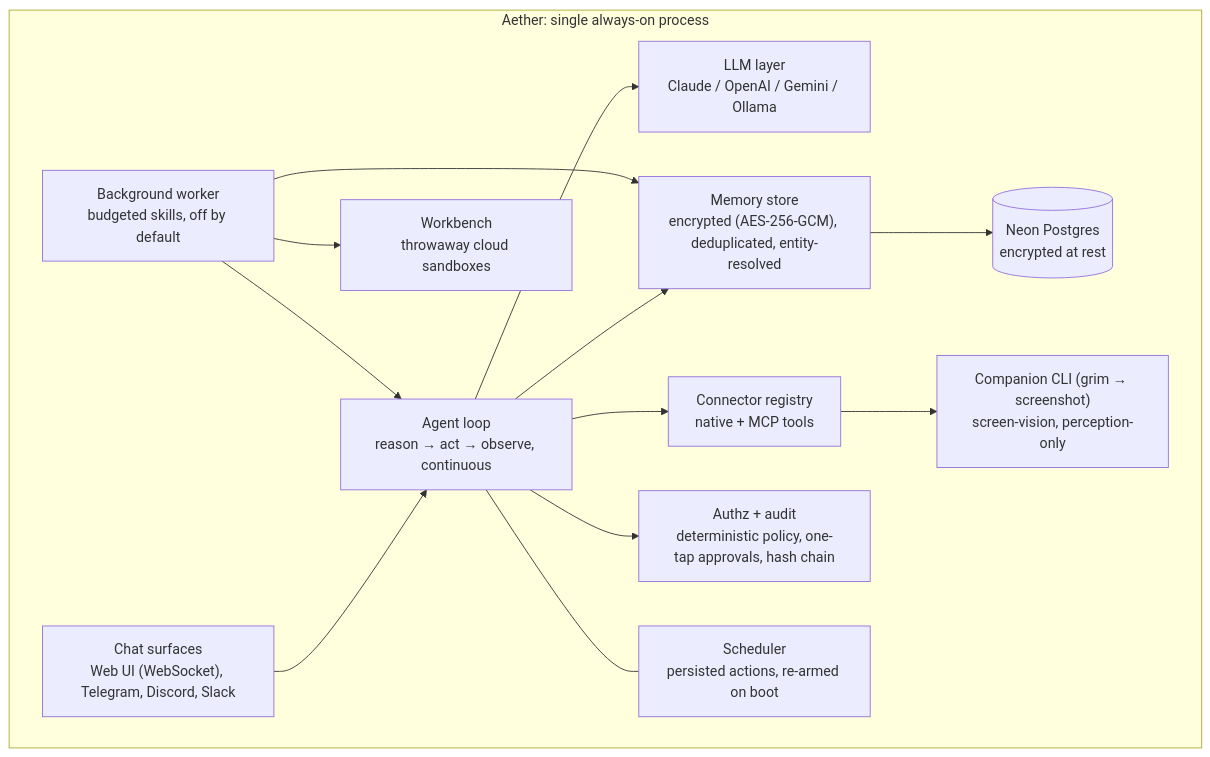
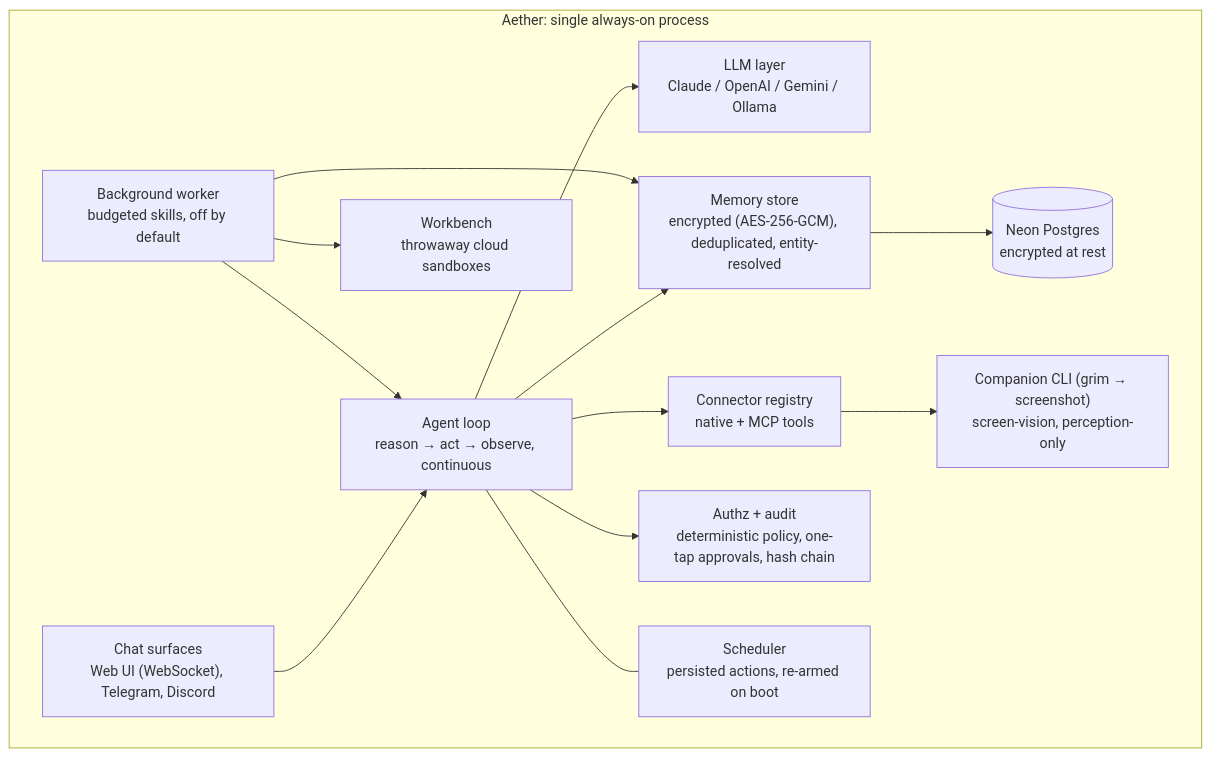
One commit to Vedant-Git-dev/Aether changed the second of 2 diagrams in README.md. Above: the diagram before and after it, drawn with Mermaid. The commit also changed other lines of this file and 36 other files, not shown here.

````diff
--- a/README.md
+++ b/README.md
@@ -220,28 +220,28 @@
 ```mermaid
 flowchart TB
     subgraph AE["Aether: single always-on process"]
-        Chat["Chat surfaces<br/>Web UI (WebSocket), Telegram, Discord, Slack"]
+        Chat["Chat surfaces<br/>Web UI (WebSocket), Telegram, Discord"]
         Loop["Agent loop<br/>reason → act → observe, continuous"]
         LLM["LLM layer<br/>Claude / OpenAI / Gemini / Ollama"]
         Conn["Connector registry<br/>native + MCP tools"]
         Mem["Memory store<br/>encrypted (AES-256-GCM), deduplicated, entity-resolved"]
         Authz["Authz + audit<br/>deterministic policy, one-tap approvals, hash chain"]
         Sched["Scheduler<br/>persisted actions, re-armed on boot"]
         Worker["Background worker<br/>budgeted skills, off by default"]
         Bench["Workbench<br/>throwaway cloud sandboxes"]
 
         Chat --> Loop
         Loop --> LLM
         Loop --> Conn
         Loop --> Mem
         Loop --> Authz
         Loop --- Sched
         Worker --> Loop
         Worker --> Mem
         Worker --> Bench
     
 
     Mem --> DB[("Neon Postgres<br/>encrypted at rest")]
     Conn --> CLI["Companion CLI (grim → screenshot)<br/>screen-vision, perception-only"]
     end
 ```
````
